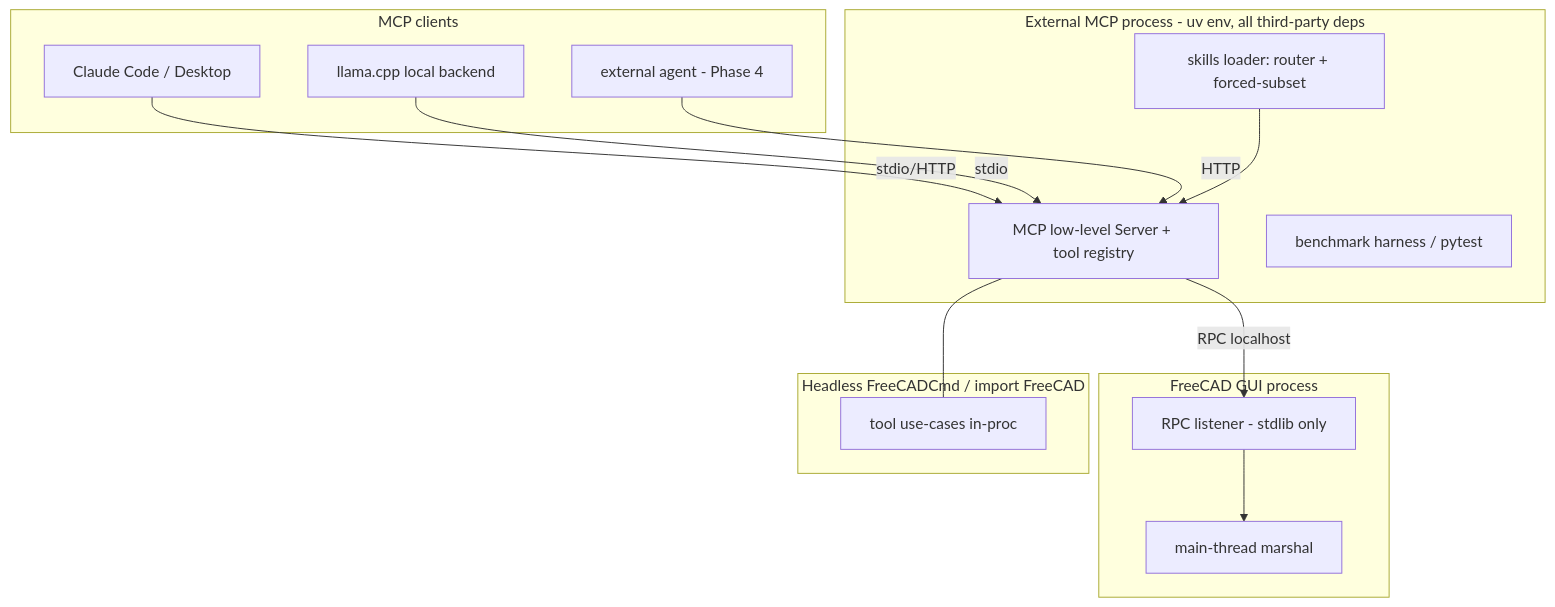
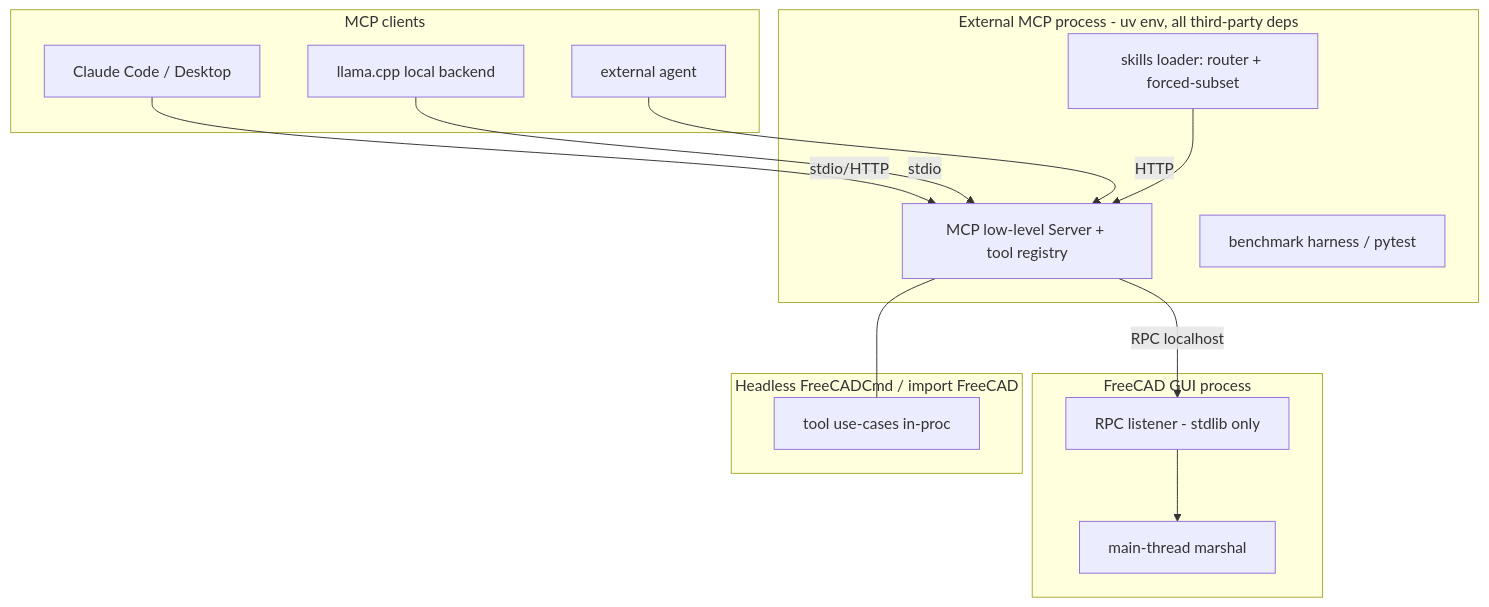
Before and after one commit to robotics-playground/freecad-buddy: the second of 2 diagrams in _bmad-output/planning-artifacts/architecture/architecture-freecad-buddy-2026-07-21/ARCHITECTURE-SPINE.md, drawn with Mermaid. The commit also changed other lines of this file and 14 other files, not shown here.

````diff
--- a/_bmad-output/planning-artifacts/architecture/architecture-freecad-buddy-2026-07-21/ARCHITECTURE-SPINE.md
+++ b/_bmad-output/planning-artifacts/architecture/architecture-freecad-buddy-2026-07-21/ARCHITECTURE-SPINE.md
@@ -408,26 +414,26 @@
 ```mermaid
 graph TB
   subgraph clients [MCP clients]
     cc[Claude Code / Desktop]
     local[llama.cpp local backend]
-    a2a[external agent - Phase 4]
+    a2a[external agent]
   end
   subgraph mcpproc [External MCP process - uv env, all third-party deps]
     fast[MCP low-level Server + tool registry]
     harness[benchmark harness / pytest]
     skills[skills loader: router + forced-subset]
   end
   subgraph fcgui [FreeCAD GUI process]
     listener[RPC listener - stdlib only]
     marshal[main-thread marshal]
   end
   subgraph fccmd [Headless FreeCADCmd / import FreeCAD]
     core2[tool use-cases in-proc]
   end
   cc -- stdio/HTTP --> fast
   local -- stdio --> fast
   a2a -- HTTP --> fast
   fast -- RPC localhost --> listener --> marshal
   fast --- core2
   skills --> fast
 ```
````
